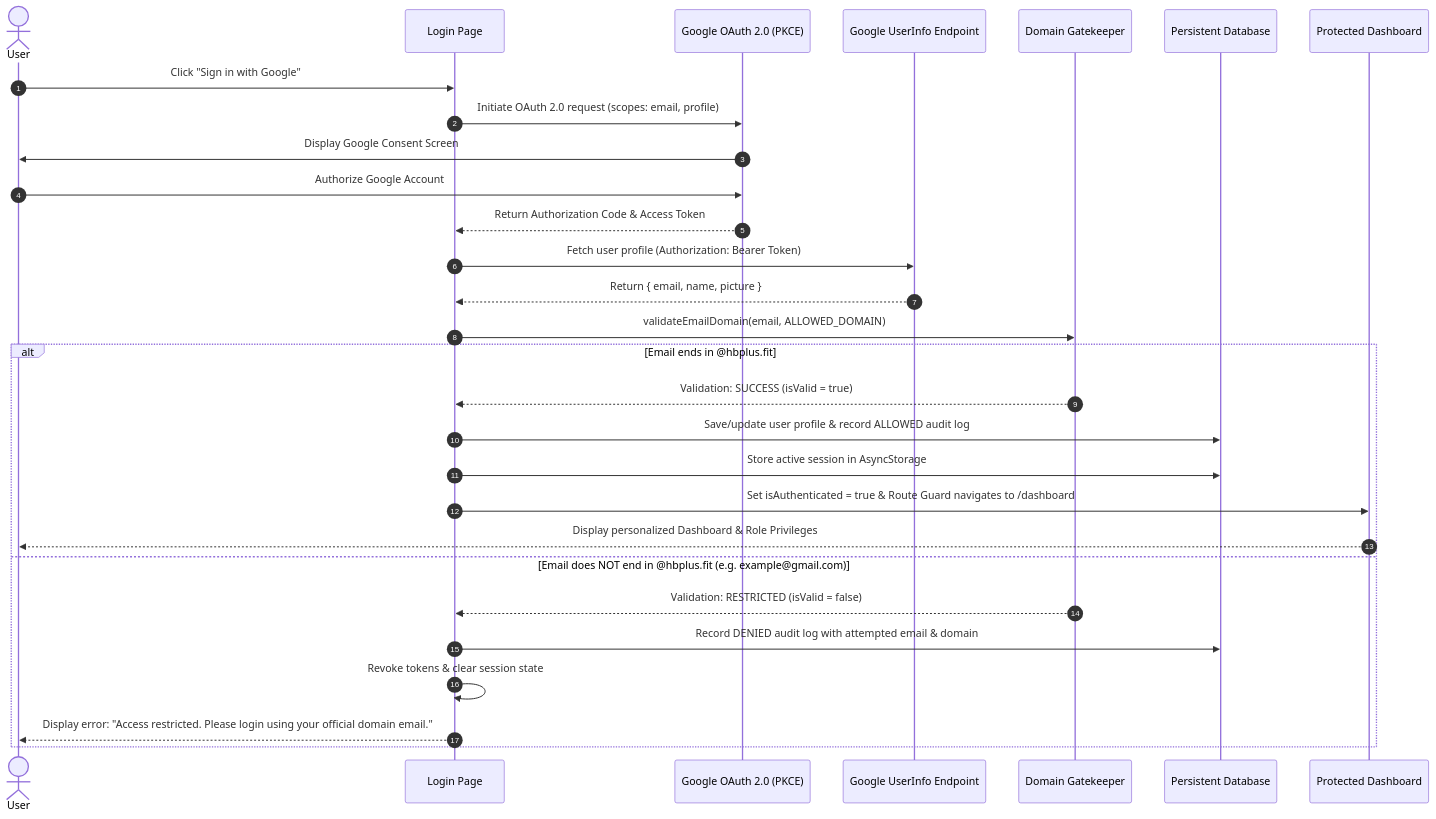
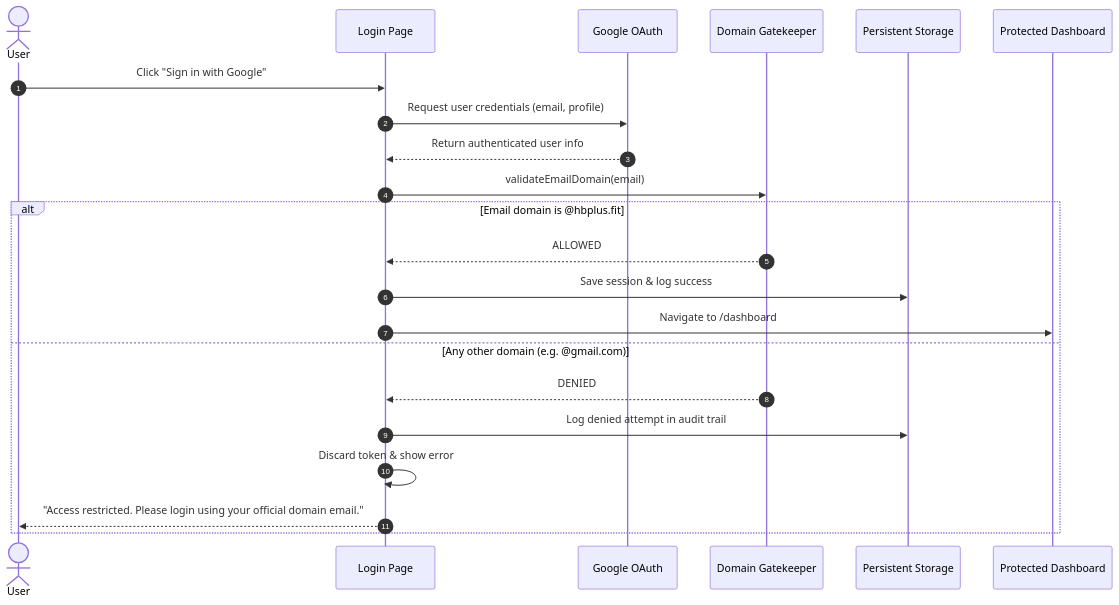
The diagram in README.md (jackofallcodes5/hbplus-assignment), drawn with Mermaid before and after one commit. The commit also changed other lines of this file, not shown here.

````diff
--- a/README.md
+++ b/README.md
@@ -173,34 +54,26 @@
 ```mermaid
 sequenceDiagram
     autonumber
     actor User
     participant UI as Login Page
-    participant OAuth as Google OAuth 2.0 (PKCE)
-    participant GoogleAPI as Google UserInfo Endpoint
+    participant OAuth as Google OAuth
     participant Gatekeeper as Domain Gatekeeper
-    participant DB as Persistent Database
-    participant Protected as Protected Dashboard
+    participant DB as Persistent Storage
+    participant Dashboard as Protected Dashboard
 
     User->>UI: Click "Sign in with Google"
-    UI->>OAuth: Initiate OAuth 2.0 request (scopes: email, profile)
-    OAuth->>User: Display Google Consent Screen
-    User->>OAuth: Authorize Google Account
-    OAuth-->>UI: Return Authorization Code & Access Token
-    UI->>GoogleAPI: Fetch user profile (Authorization: Bearer Token)
-    GoogleAPI-->>UI: Return { email, name, picture }
-    
-    UI->>Gatekeeper: validateEmailDomain(email, ALLOWED_DOMAIN)
-    
-    alt Email ends in @hbplus.fit
-        Gatekeeper-->>UI: Validation: SUCCESS (isValid = true)
-        UI->>DB: Save/update user profile & record ALLOWED audit log
-        UI->>DB: Store active session in AsyncStorage
-        UI->>Protected: Set isAuthenticated = true & Route Guard navigates to /dashboard
-        Protected-->>User: Display personalized Dashboard & Role Privileges
-    else Email does NOT end in @hbplus.fit (e.g. example@gmail.com)
-        Gatekeeper-->>UI: Validation: RESTRICTED (isValid = false)
-        UI->>DB: Record DENIED audit log with attempted email & domain
-        UI->>UI: Revoke tokens & clear session state
-        UI-->>User: Display error: "Access restricted. Please login using your official domain email."
+    UI->>OAuth: Request user credentials (email, profile)
+    OAuth-->>UI: Return authenticated user info
+    UI->>Gatekeeper: validateEmailDomain(email)
+
+    alt Email domain is @hbplus.fit
+        Gatekeeper-->>UI: ALLOWED
+        UI->>DB: Save session & log success
+        UI->>Dashboard: Navigate to /dashboard
+    else Any other domain (e.g. @gmail.com)
+        Gatekeeper-->>UI: DENIED
+        UI->>DB: Log denied attempt in audit trail
+        UI->>UI: Discard token & show error
+        UI-->>User: "Access restricted. Please login using your official domain email."
     end
 ```
````
